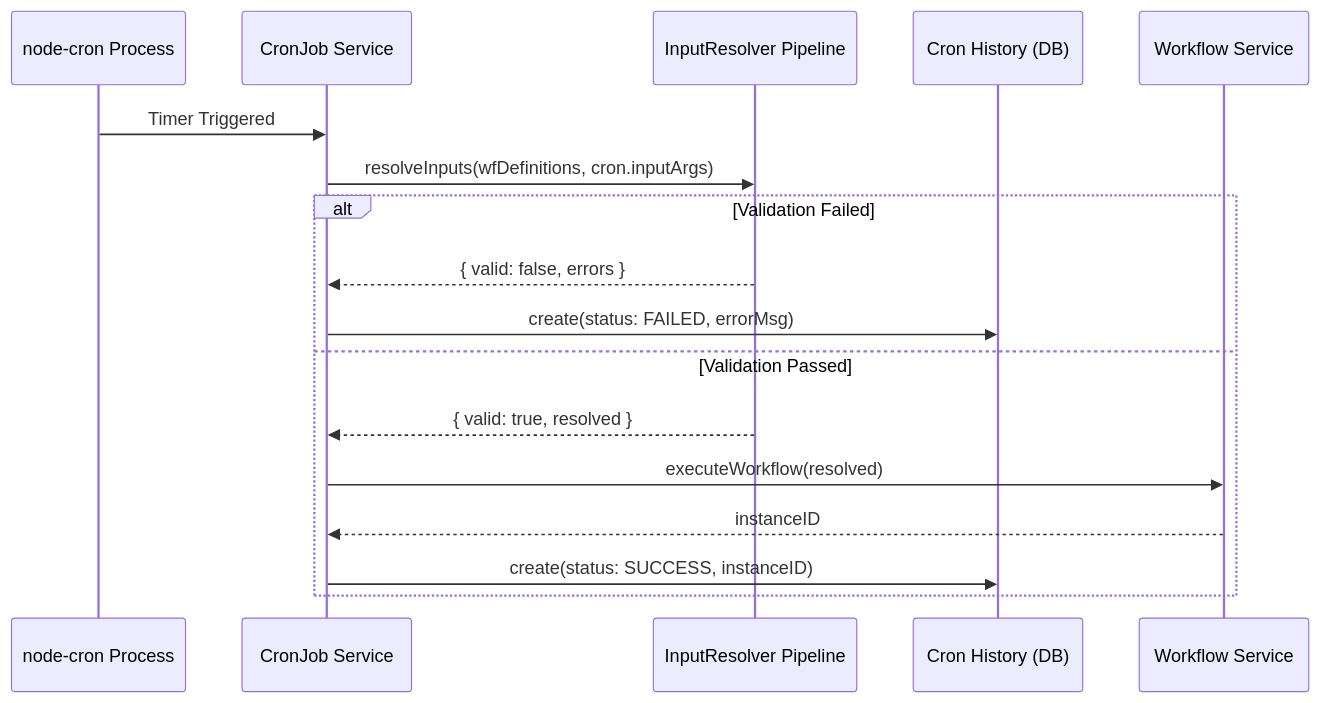
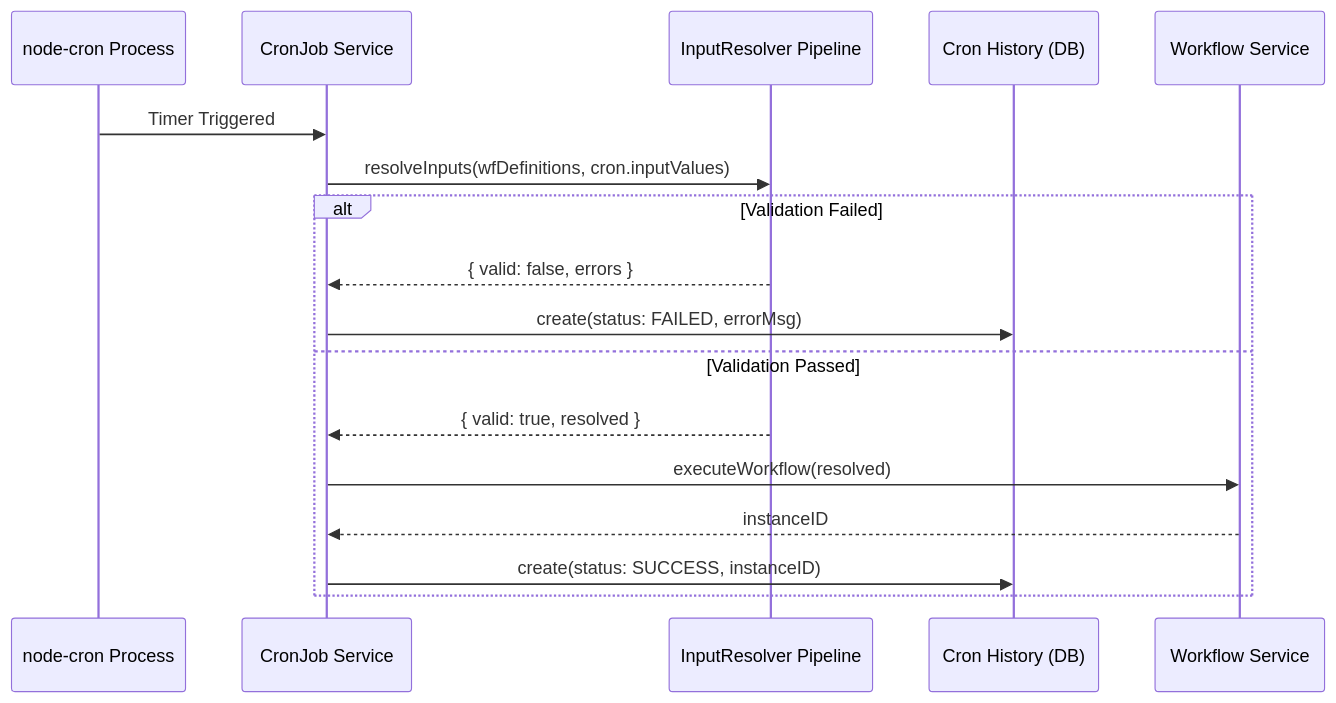
Before and after one commit to Jet-labs/jet-admin: the fifth of 5 diagrams in docs/docs/concepts/input-lifecycle.md, drawn with Mermaid. The commit also changed other lines of this file and 135 other files, not shown here.

````diff
--- a/docs/docs/concepts/input-lifecycle.md
+++ b/docs/docs/concepts/input-lifecycle.md
@@ -285,20 +285,20 @@
 ```mermaid
 sequenceDiagram
     participant Cron as node-cron Process
     participant CSvc as CronJob Service
     participant Pipe as InputResolver Pipeline
     participant DB as Cron History (DB)
     participant WSvc as Workflow Service
 
     Cron->>CSvc: Timer Triggered
-    CSvc->>Pipe: resolveInputs(wfDefinitions, cron.inputArgs)
+    CSvc->>Pipe: resolveInputs(wfDefinitions, cron.inputValues)
     alt Validation Failed
         Pipe-->>CSvc: { valid: false, errors }
         CSvc->>DB: create(status: FAILED, errorMsg)
     else Validation Passed
         Pipe-->>CSvc: { valid: true, resolved }
         CSvc->>WSvc: executeWorkflow(resolved)
         WSvc-->>CSvc: instanceID
         CSvc->>DB: create(status: SUCCESS, instanceID)
     end
 ```
````
